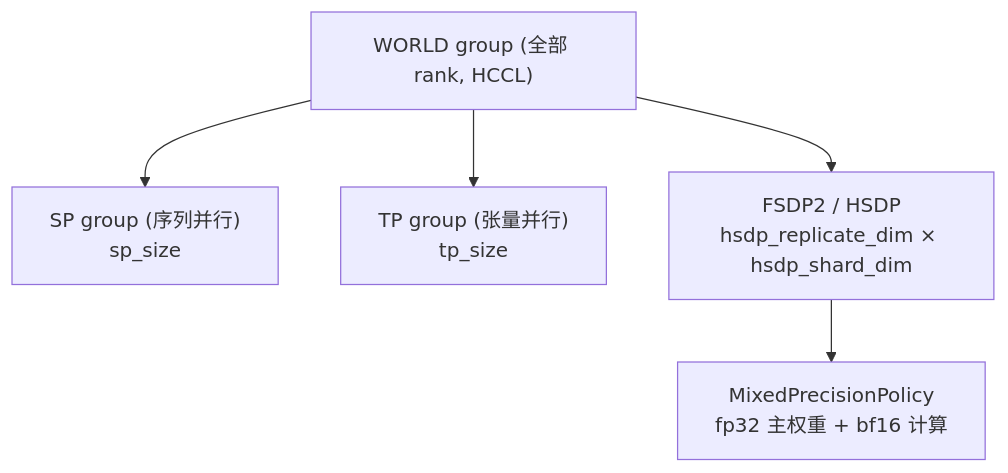
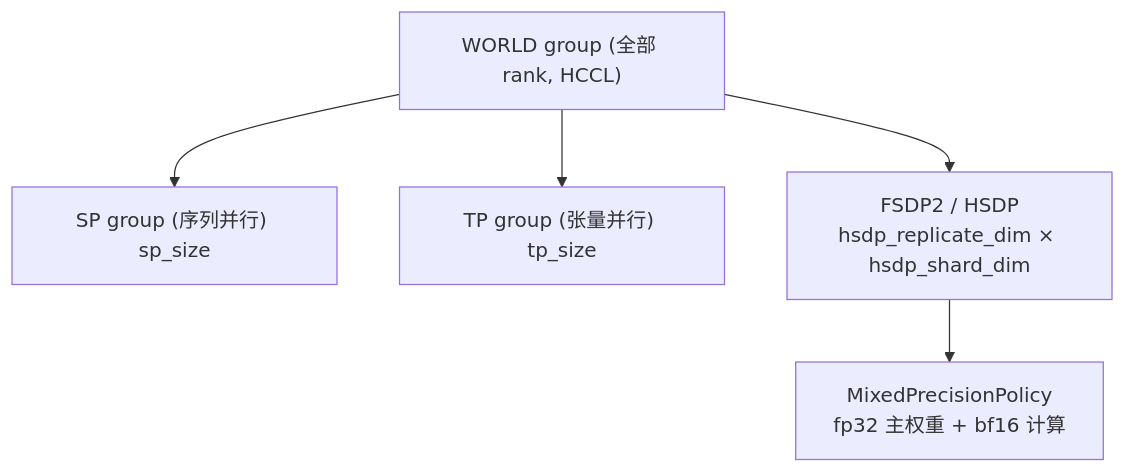
The sixth of 7 diagrams in docs/架构设计.md (Huangzjun/FlashGen), drawn with Mermaid before and after one commit. The commit also changed other lines of this file and 42 other files, not shown here.

````diff
--- a/docs/架构设计.md
+++ b/docs/架构设计.md
@@ -555,8 +552,8 @@
 ```mermaid
 flowchart TD
     WORLD["WORLD group (全部 rank, HCCL)"]
-    WORLD --> SP["SP group (序列并行)<br/>sp_size"]
-    WORLD --> TP["TP group (张量并行)<br/>tp_size"]
+    WORLD --> SP["SP group (序列并行) sp_size"]
+    WORLD --> TP["TP group (张量并行) tp_size"]
     WORLD --> FSDP["FSDP2 / HSDP<br/>hsdp_replicate_dim × hsdp_shard_dim"]
     FSDP --> MP["MixedPrecisionPolicy<br/>fp32 主权重 + bf16 计算"]
 ```
````
